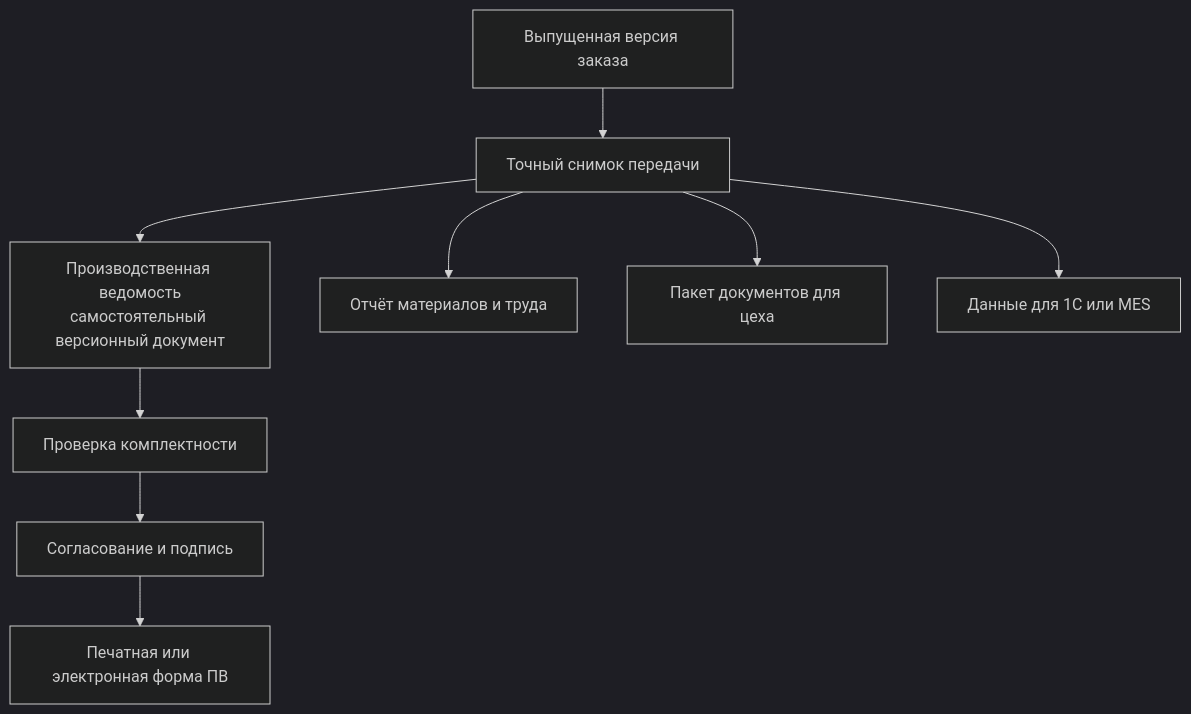
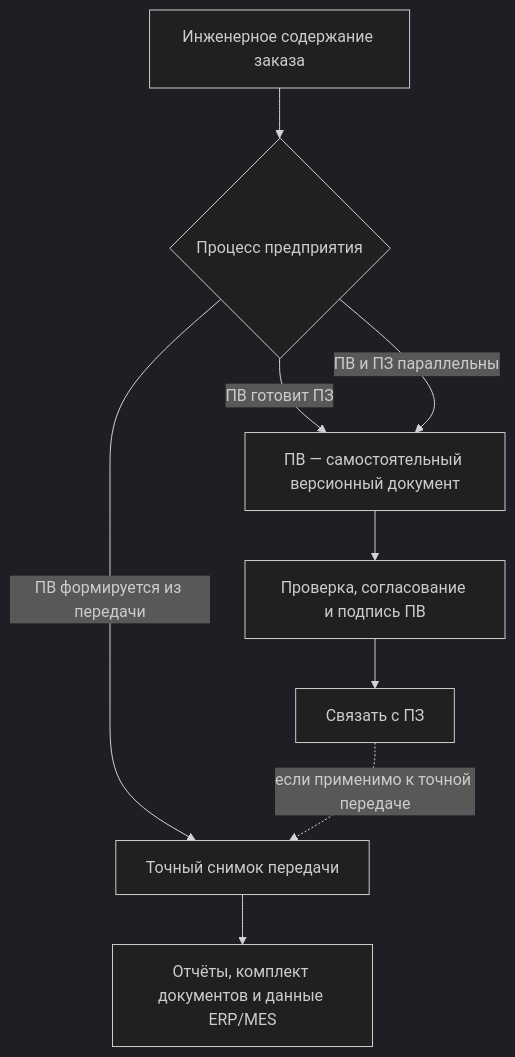
Before and after one commit to ZelAnton/Interlink-product-book: the first of 2 diagrams in docs/orders/08-production-sheets-and-reports.md, drawn with Mermaid (dark theme). The commit also changed other lines of this file and 231 other files, not shown here.

````diff
--- a/docs/orders/08-production-sheets-and-reports.md
+++ b/docs/orders/08-production-sheets-and-reports.md
@@ -9,11 +11,11 @@
 ```mermaid
 flowchart TD
-    A["Выпущенная версия заказа"] --> B["Точный снимок передачи"]
-    B --> C["Производственная ведомость<br/>самостоятельный версионный документ"]
-    C --> D["Проверка комплектности"]
-    D --> E["Согласование и подпись"]
-    E --> F["Печатная или электронная форма ПВ"]
-    B --> G["Отчёт материалов и труда"]
-    B --> H["Пакет документов для цеха"]
-    B --> I["Данные для 1С или MES"]
+    A["Инженерное содержание заказа"] --> V{"Процесс предприятия"}
+    V -->|"ПВ готовит ПЗ"| C["ПВ — самостоятельный версионный документ"]
+    V -->|"ПВ и ПЗ параллельны"| C
+    V -->|"ПВ формируется из передачи"| B["Точный снимок передачи"]
+    C --> D["Проверка, согласование и подпись ПВ"]
+    D --> E["Связать с ПЗ"]
+    E -.->|"если применимо к точной передаче"| B
+    B --> F["Отчёты, комплект документов и данные ERP/MES"]
 ```
````
